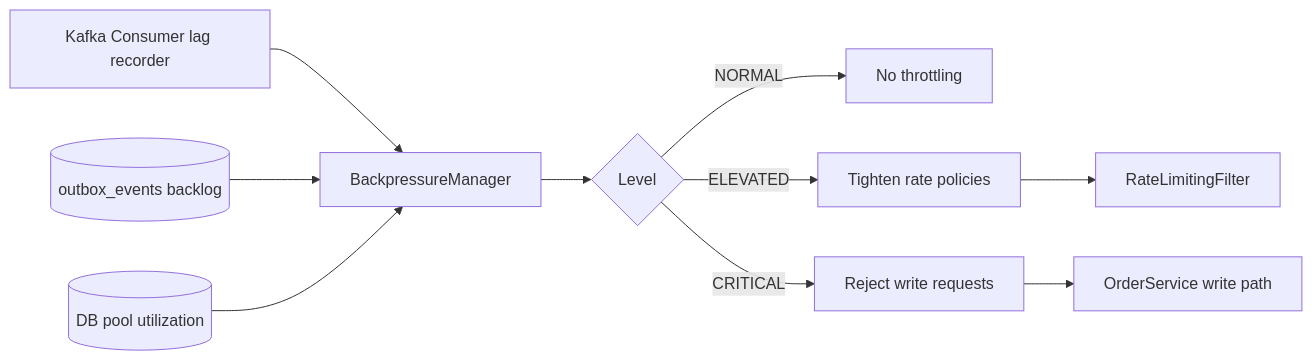
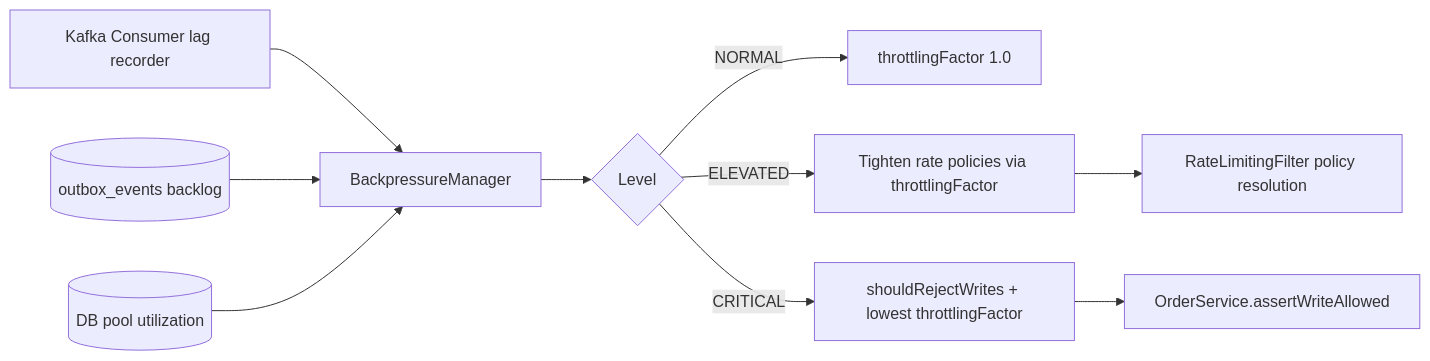
The sixth of 6 diagrams in docs/index.md (AbhinavT09/OrderProcessingSystem), drawn with Mermaid before and after one commit. The commit also changed other lines of this file and 23 other files, not shown here.

First line of the commit message:
Add architecture tests and enhance JPA repository coverage

````diff
--- a/docs/index.md
+++ b/docs/index.md
@@ -181,12 +196,12 @@
 ```mermaid
 flowchart LR
     KC[Kafka Consumer lag recorder] --> BPM[BackpressureManager]
     ODB[(outbox_events backlog)] --> BPM
     DBP[(DB pool utilization)] --> BPM
     BPM --> LVL{Level}
-    LVL -->|NORMAL| N1[No throttling]
-    LVL -->|ELEVATED| N2[Tighten rate policies]
-    LVL -->|CRITICAL| N3[Reject write requests]
-    N2 --> RL[RateLimitingFilter]
-    N3 --> OS[OrderService write path]
+    LVL -->|NORMAL| N1[throttlingFactor 1.0]
+    LVL -->|ELEVATED| N2[Tighten rate policies via throttlingFactor]
+    LVL -->|CRITICAL| N3[shouldRejectWrites + lowest throttlingFactor]
+    N2 --> RL[RateLimitingFilter policy resolution]
+    N3 --> OS[OrderService.assertWriteAllowed]
 ```
````
